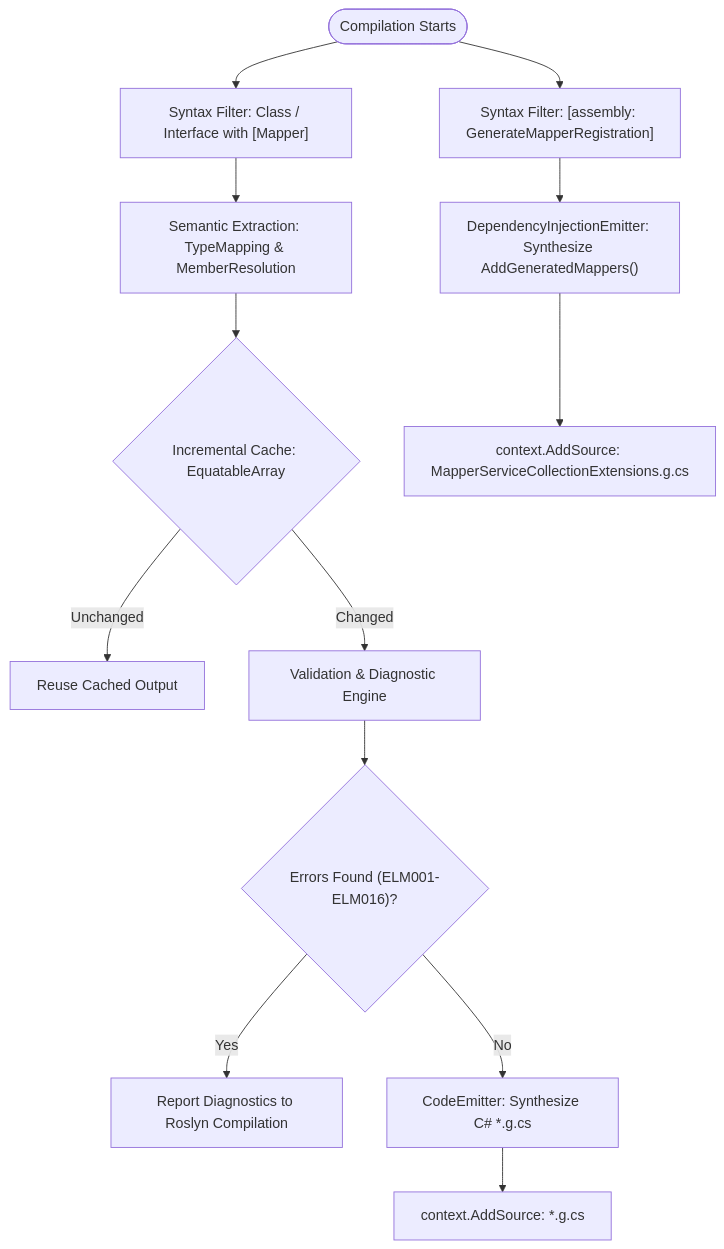
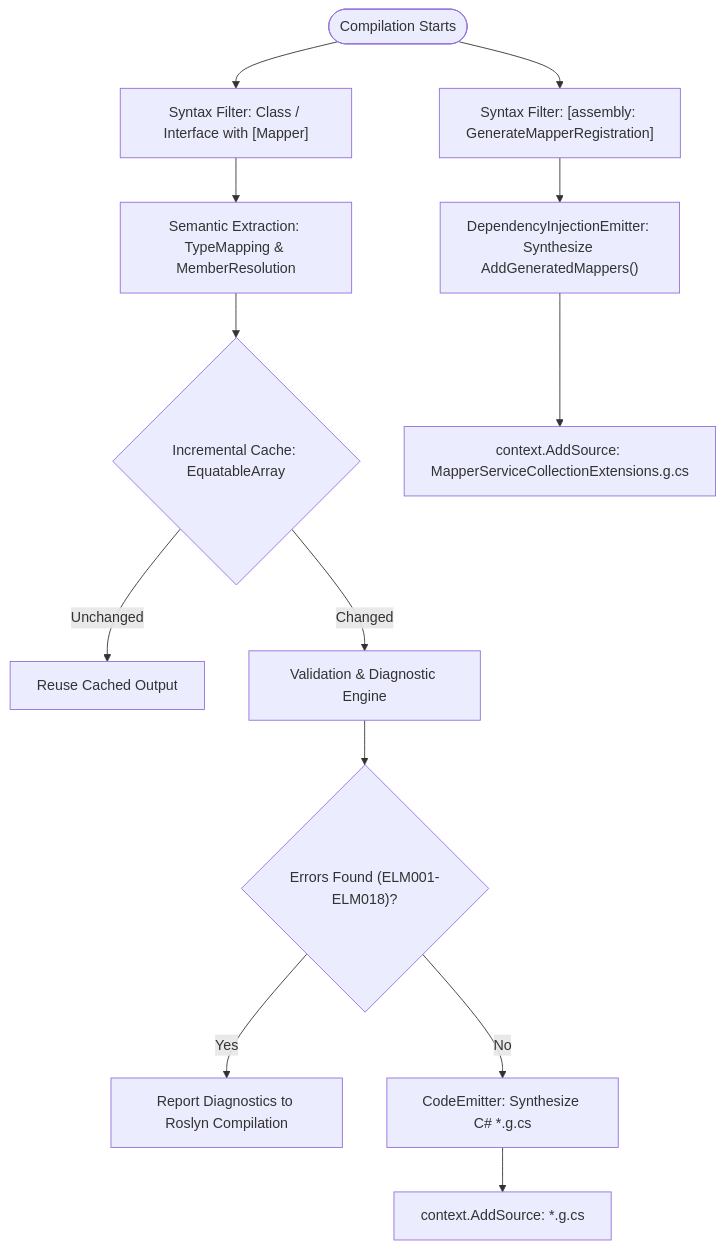
One commit to ericksonlopezf/dotnet-mapper changed the first of 3 diagrams in README.md. Above: the diagram before and after it, drawn with Mermaid. The commit also changed other lines of this file and 310 other files, not shown here.

````diff
--- a/README.md
+++ b/README.md
@@ -739,16 +840,16 @@
 ```mermaid
 flowchart TD
     Start([Compilation Starts]) --> SyntaxFilter["Syntax Filter: Class / Interface with [Mapper]"]
     SyntaxFilter --> SemanticTransform["Semantic Extraction: TypeMapping & MemberResolution"]
     SemanticTransform --> CacheCheck{"Incremental Cache: EquatableArray<T>"}
     CacheCheck -- Unchanged --> SkipGeneration[Reuse Cached Output]
     CacheCheck -- Changed --> Validation["Validation & Diagnostic Engine"]
-    Validation --> ErrorCheck{"Errors Found (ELM001-ELM016)?"}
+    Validation --> ErrorCheck{"Errors Found (ELM001-ELM018)?"}
     ErrorCheck -- Yes --> ReportDiag[Report Diagnostics to Roslyn Compilation]
     ErrorCheck -- No --> EmitCode["CodeEmitter: Synthesize C# *.g.cs"]
     EmitCode --> RegisterOutput["context.AddSource: *.g.cs"]
 
     Start --> DIFilter["Syntax Filter: [assembly: GenerateMapperRegistration]"]
     DIFilter --> DIEmit["DependencyInjectionEmitter: Synthesize AddGeneratedMappers()"]
     DIEmit --> RegisterDI["context.AddSource: MapperServiceCollectionExtensions.g.cs"]
 ```
````
